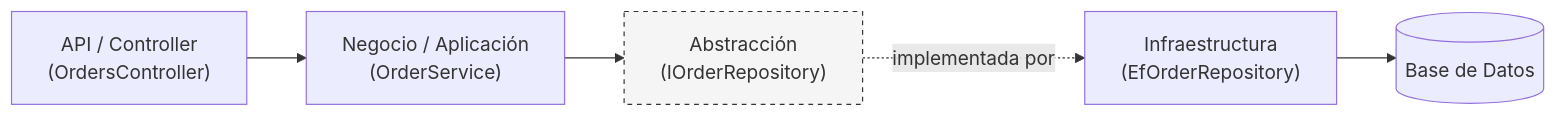
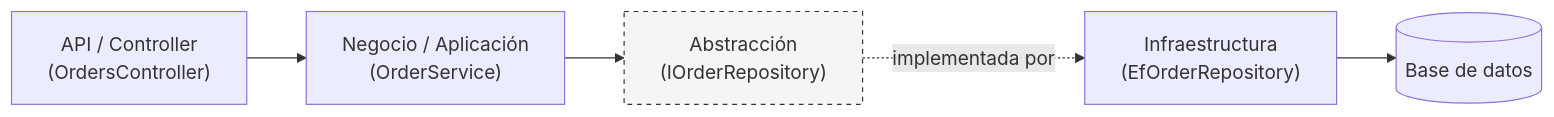
Before and after one commit to Carlou134/ssr-developer-roadmap: the diagram in docs/02-calidad-de-codigo-y-arquitectura/02-arquitectura-y-limites.md, drawn with Mermaid. The commit also changed other lines of this file and 13 other files, not shown here.

````diff
--- a/docs/02-calidad-de-codigo-y-arquitectura/02-arquitectura-y-limites.md
+++ b/docs/02-calidad-de-codigo-y-arquitectura/02-arquitectura-y-limites.md
@@ -14,9 +89,9 @@
 ```mermaid
 flowchart LR
     A["API / Controller<br/>(OrdersController)"] --> B["Negocio / Aplicación<br/>(OrderService)"]
     B --> C["Abstracción<br/>(IOrderRepository)"]
     C -.implementada por.-> D["Infraestructura<br/>(EfOrderRepository)"]
-    D --> E[(Base de Datos)]
+    D --> E[(Base de datos)]
 
     style C fill:#f5f5f5,stroke:#333,stroke-dasharray: 4 4
 ```
````
